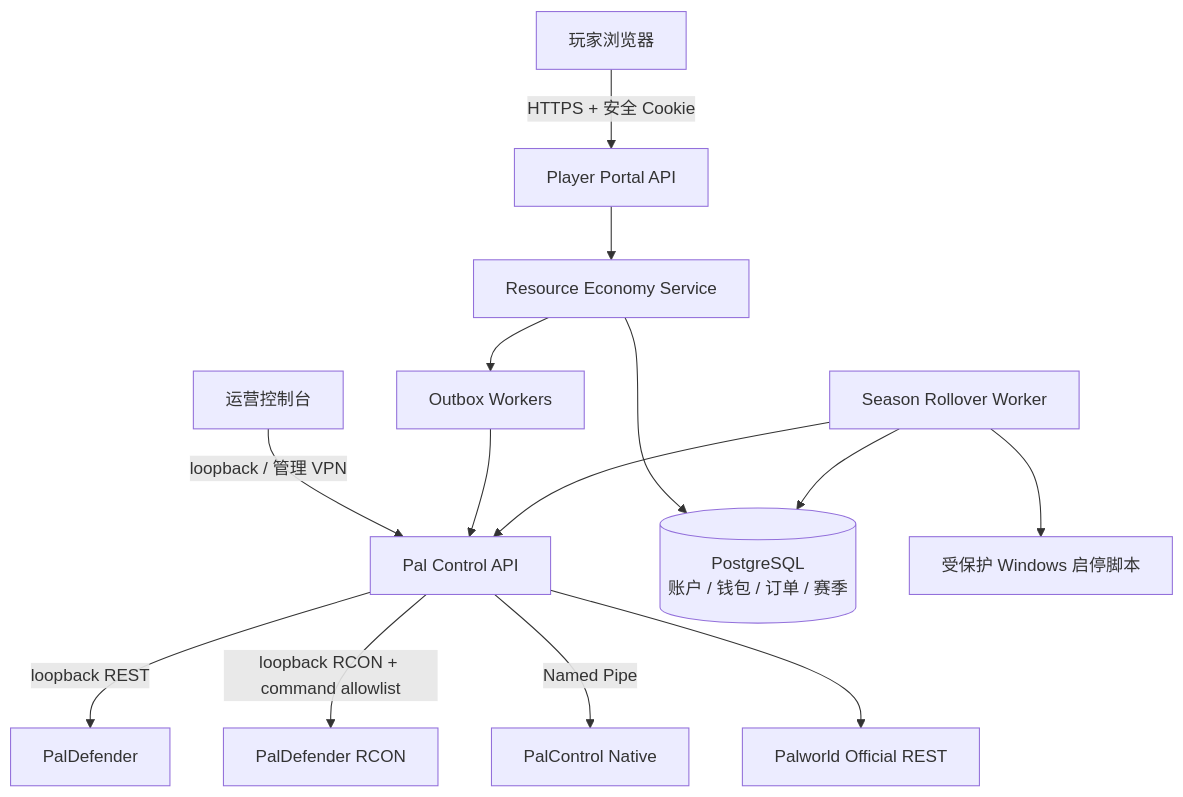
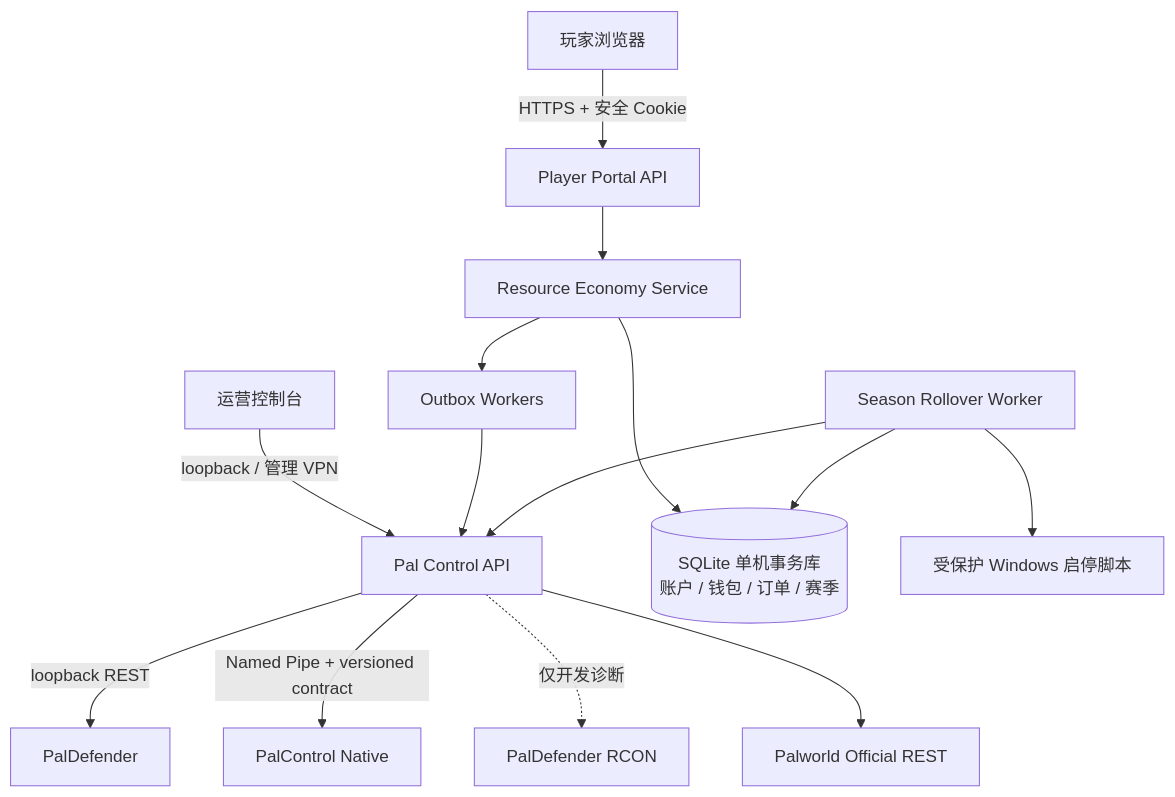
Before and after one commit to newonei/pal-control: the second of 2 diagrams in extraction-mode/docs/00-MVP玩法与架构.md, drawn with Mermaid. The commit also changed other lines of this file and 194 other files, not shown here.

````diff
--- a/extraction-mode/docs/00-MVP玩法与架构.md
+++ b/extraction-mode/docs/00-MVP玩法与架构.md
@@ -101,16 +99,16 @@
 ```mermaid
 flowchart TB
     Player["玩家浏览器"] -->|"HTTPS + 安全 Cookie"| Portal["Player Portal API"]
     Operator["运营控制台"] -->|"loopback / 管理 VPN"| Control["Pal Control API"]
     Portal --> Economy["Resource Economy Service"]
-    Economy --> PG[("PostgreSQL\n账户 / 钱包 / 订单 / 赛季")]
+    Economy --> DB[("SQLite 单机事务库\n账户 / 钱包 / 订单 / 赛季")]
     Economy --> Outbox["Outbox Workers"]
     Outbox --> Control
     Control -->|"loopback REST"| PD["PalDefender"]
-    Control -->|"loopback RCON + command allowlist"| RCON["PalDefender RCON"]
-    Control -->|"Named Pipe"| Native["PalControl Native"]
+    Control -->|"Named Pipe + versioned contract"| Native["PalControl Native"]
+    Control -.->|"仅开发诊断"| RCON["PalDefender RCON"]
     Control --> Official["Palworld Official REST"]
-    Rollover["Season Rollover Worker"] --> PG
+    Rollover["Season Rollover Worker"] --> DB
     Rollover --> Control
     Rollover --> Launcher["受保护 Windows 启停脚本"]
 ```
````
